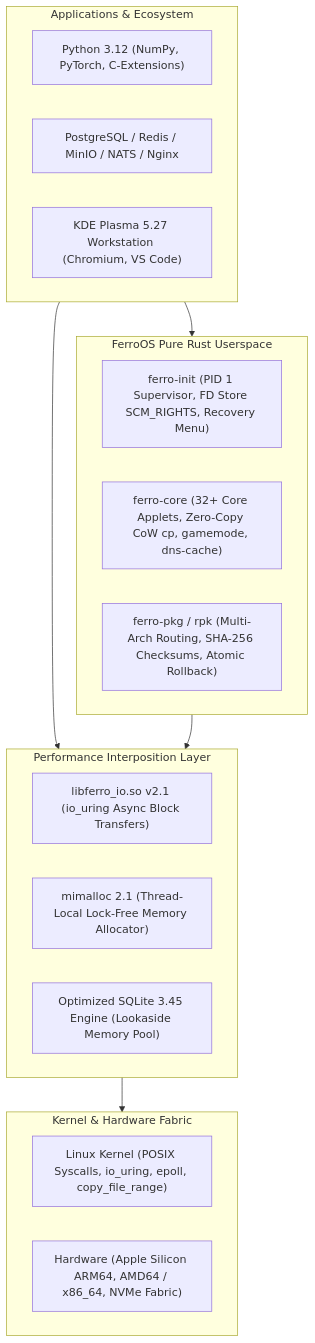
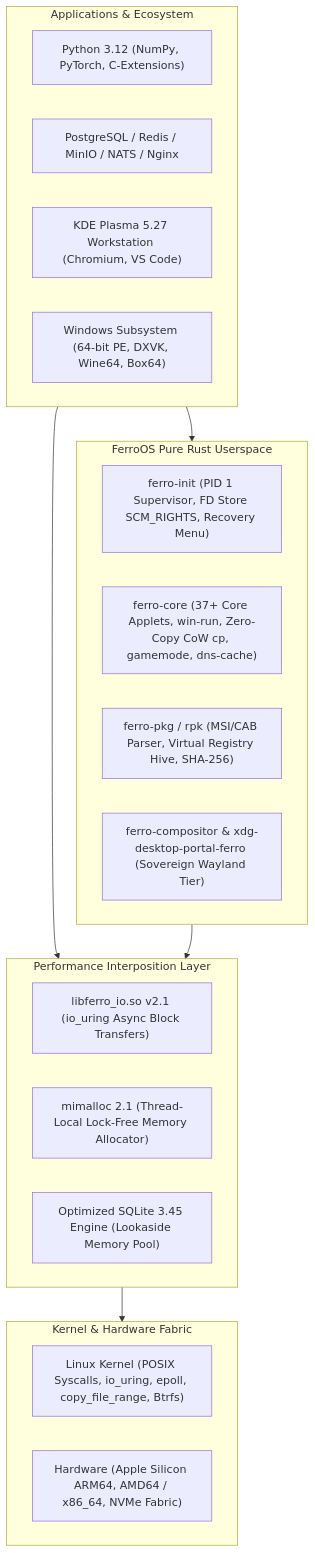
The diagram in README.md (Praveen-1308/ferro-os), drawn with Mermaid before and after one commit. The commit also changed other lines of this file, not shown here.

Commit message:
docs(readme): integrate architectural pillars, alpine benchmarks, core footprint, and FAQ

````diff
--- a/README.md
+++ b/README.md
@@ -278,30 +339,32 @@
 ```mermaid
 flowchart TD
     subgraph Apps["Applications & Ecosystem"]
         A1["Python 3.12 (NumPy, PyTorch, C-Extensions)"]
         A2["PostgreSQL / Redis / MinIO / NATS / Nginx"]
         A3["KDE Plasma 5.27 Workstation (Chromium, VS Code)"]
+        A4["Windows Subsystem (64-bit PE, DXVK, Wine64, Box64)"]
     end
 
     subgraph Userspace["FerroOS Pure Rust Userspace"]
         U1["ferro-init (PID 1 Supervisor, FD Store SCM_RIGHTS, Recovery Menu)"]
-        U2["ferro-core (32+ Core Applets, Zero-Copy CoW cp, gamemode, dns-cache)"]
-        U3["ferro-pkg / rpk (Multi-Arch Routing, SHA-256 Checksums, Atomic Rollback)"]
+        U2["ferro-core (37+ Core Applets, win-run, Zero-Copy CoW cp, gamemode, dns-cache)"]
+        U3["ferro-pkg / rpk (MSI/CAB Parser, Virtual Registry Hive, SHA-256)"]
+        U4["ferro-compositor & xdg-desktop-portal-ferro (Sovereign Wayland Tier)"]
     end
 
     subgraph Shims["Performance Interposition Layer"]
         S1["libferro_io.so v2.1 (io_uring Async Block Transfers)"]
         S2["mimalloc 2.1 (Thread-Local Lock-Free Memory Allocator)"]
         S3["Optimized SQLite 3.45 Engine (Lookaside Memory Pool)"]
     end
 
     subgraph Kernel["Kernel & Hardware Fabric"]
-        K1["Linux Kernel (POSIX Syscalls, io_uring, epoll, copy_file_range)"]
+        K1["Linux Kernel (POSIX Syscalls, io_uring, epoll, copy_file_range, Btrfs)"]
         K2["Hardware (Apple Silicon ARM64, AMD64 / x86_64, NVMe Fabric)"]
     end
 
     Apps --> Userspace
     Apps --> Shims
     Userspace --> Shims
     Shims --> Kernel
 ```
````
